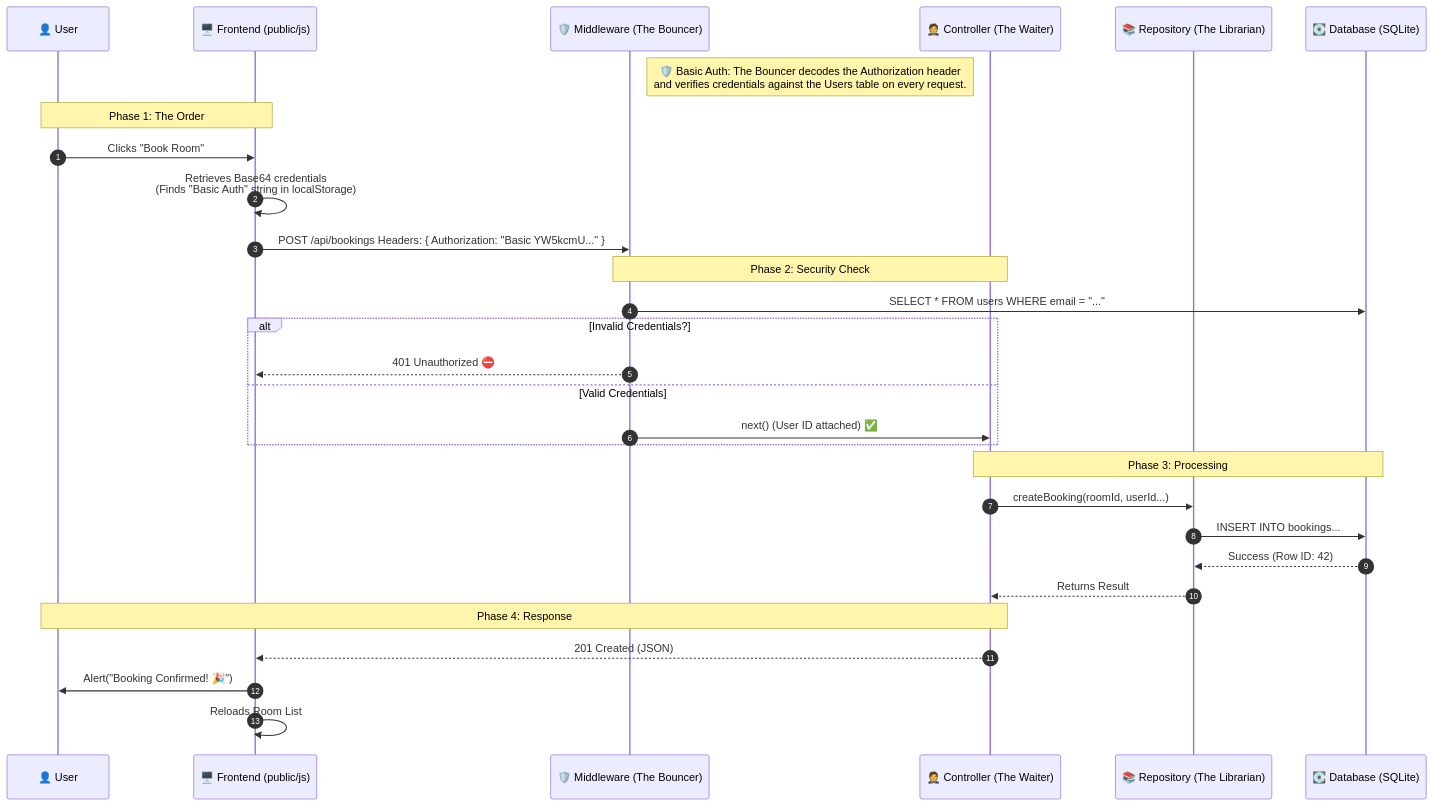
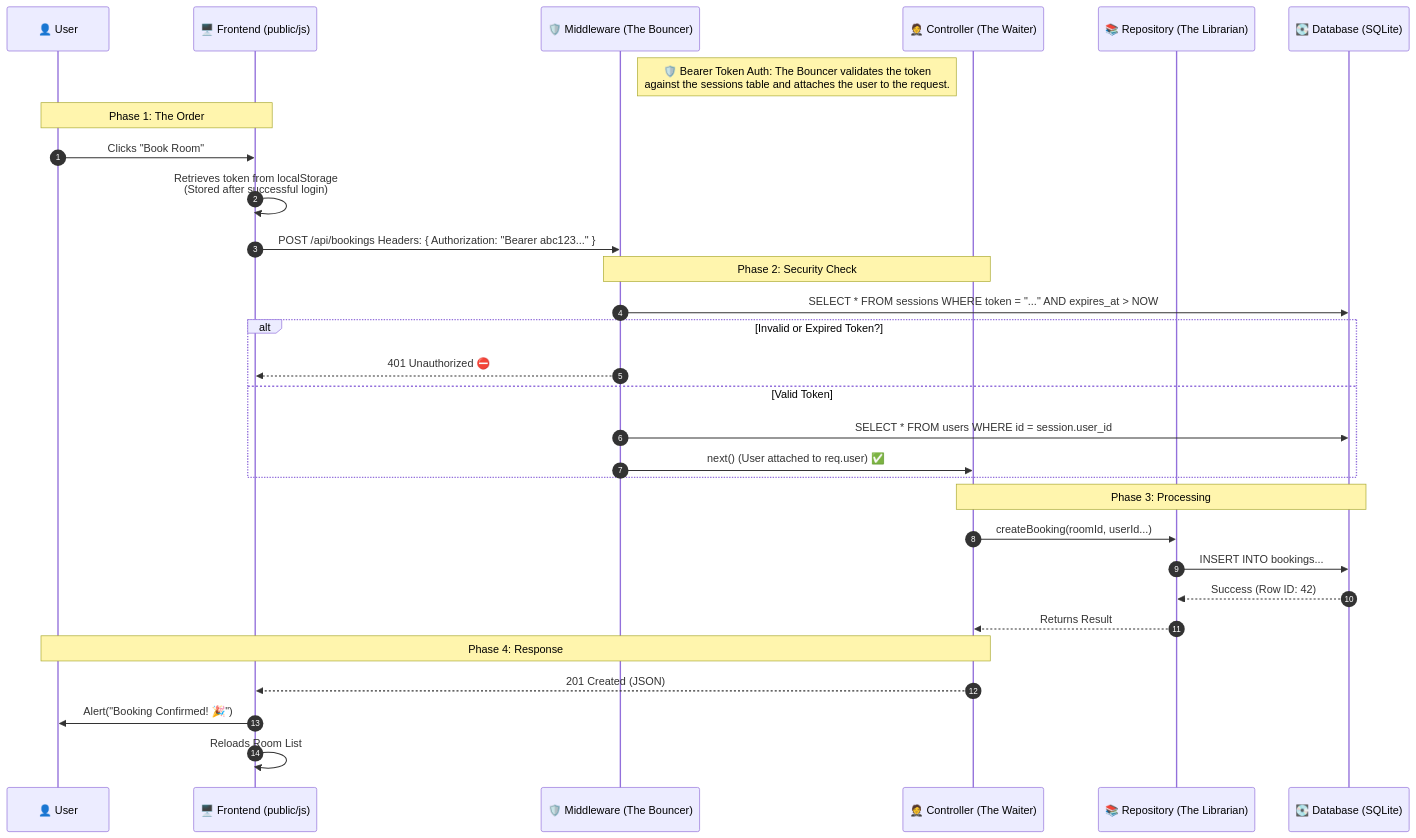
Before and after one commit to Christian-Gennari/fullstack-booking-system: the first of 2 diagrams in DIAGRAMS.MD, drawn with Mermaid. The commit also changed other lines of this file and 2 other files, not shown here.

Commit message:
update documentation to reflect transition from Basic Auth to Token-Based Authentication with session tokens

````diff
--- a/DIAGRAMS.MD
+++ b/DIAGRAMS.MD
@@ -3,36 +3,37 @@
 ```mermaid
 sequenceDiagram
     autonumber
     participant User as 👤 User
     participant Frontend as 🖥️ Frontend (public/js)
     participant Middleware as 🛡️ Middleware (The Bouncer)
     participant Controller as 🤵 Controller (The Waiter)
     participant Repo as 📚 Repository (The Librarian)
     participant DB as 💽 Database (SQLite)
 
-    Note right of Middleware: 🛡️ Basic Auth: The Bouncer decodes the Authorization header<br/>and verifies credentials against the Users table on every request.
+    Note right of Middleware: 🛡️ Bearer Token Auth: The Bouncer validates the token<br/>against the sessions table and attaches the user to the request.
 
     Note over User, Frontend: Phase 1: The Order
     User->>Frontend: Clicks "Book Room"
-    Frontend->>Frontend: Retrieves Base64 credentials<br/>(Finds "Basic Auth" string in localStorage)
-    Frontend->>Middleware: POST /api/bookings Headers: { Authorization: "Basic YW5kcmU..." }
+    Frontend->>Frontend: Retrieves token from localStorage<br/>(Stored after successful login)
+    Frontend->>Middleware: POST /api/bookings Headers: { Authorization: "Bearer abc123..." }
 
     Note over Middleware, Controller: Phase 2: Security Check
-    Middleware->>DB: SELECT * FROM users WHERE email = "..."
-    alt Invalid Credentials?
+    Middleware->>DB: SELECT * FROM sessions WHERE token = "..." AND expires_at > NOW
+    alt Invalid or Expired Token?
         Middleware-->>Frontend: 401 Unauthorized ⛔
-    else Valid Credentials
-        Middleware->>Controller: next() (User ID attached) ✅
+    else Valid Token
+        Middleware->>DB: SELECT * FROM users WHERE id = session.user_id
+        Middleware->>Controller: next() (User attached to req.user) ✅
     end
 
     Note over Controller, DB: Phase 3: Processing
     Controller->>Repo: createBooking(roomId, userId...)
     Repo->>DB: INSERT INTO bookings...
     DB-->>Repo: Success (Row ID: 42)
     Repo-->>Controller: Returns Result
 
     Note over Controller, User: Phase 4: Response
     Controller-->>Frontend: 201 Created (JSON)
     Frontend->>User: Alert("Booking Confirmed! 🎉")
     Frontend->>Frontend: Reloads Room List
 ```
````
